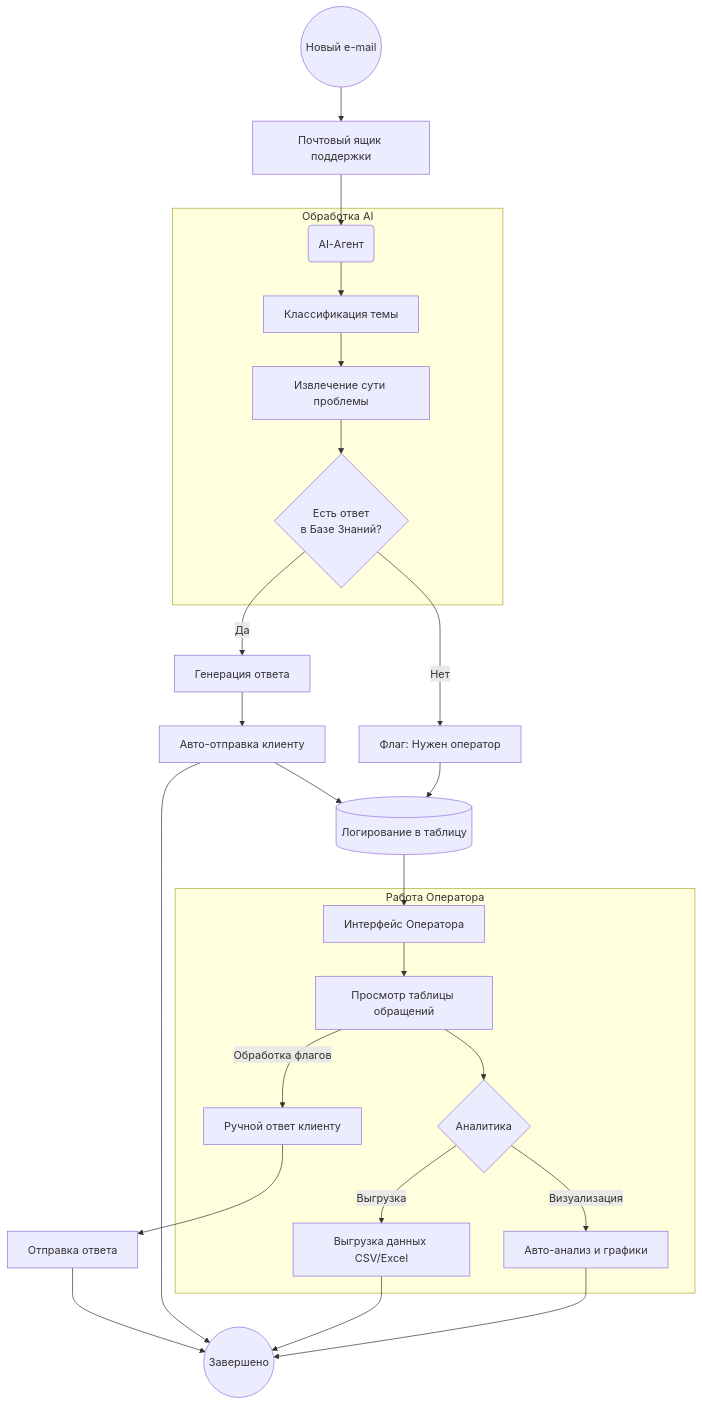
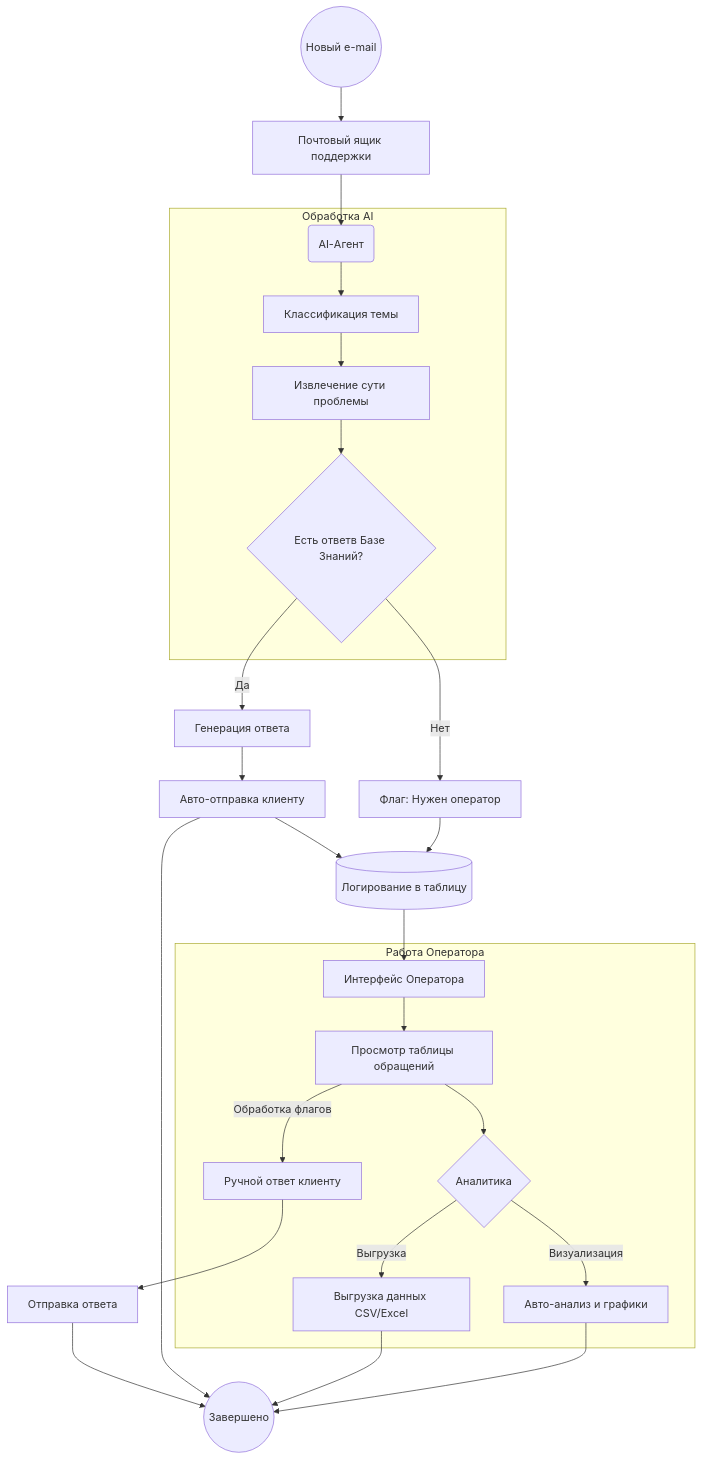
Before and after one commit to marcuryyy/funny_snake: the first of 2 diagrams in README.md, drawn with Mermaid.

Commit message:
edit diagrams

````diff
--- a/README.md
+++ b/README.md
@@ -8,36 +8,36 @@
 ```mermaid
 graph TD
     Start((Новый e-mail)) --> Inbox[Почтовый ящик поддержки]
     Inbox --> AI_Agent(AI-Агент)
     
     subgraph AI_Process [Обработка AI]
         AI_Agent --> Classify[Классификация темы]
         Classify --> Extract[Извлечение сути проблемы]
-        Extract --> SearchDB{Есть ответ\nв Базе Знаний?}
+        Extract --> SearchDB{Есть ответв Базе Знаний?}
     end
 
     SearchDB -- Да --> GenAnswer[Генерация ответа]
     GenAnswer --> SendAuto[Авто-отправка клиенту]
     SendAuto --> LogDB[(Логирование в таблицу)]
 
     SearchDB -- Нет --> FlagOperator[Флаг: Нужен оператор]
     FlagOperator --> LogDB
 
     LogDB --> OperatorUI[Интерфейс Оператора]
 
     subgraph Operator_Work [Работа Оператора]
         OperatorUI --> ViewTable[Просмотр таблицы обращений]
         
         ViewTable --> Analytics{Аналитика}
         Analytics -- Выгрузка --> ExportData[Выгрузка данных CSV/Excel]
         Analytics -- Визуализация --> AutoAnalysis[Авто-анализ и графики]
         
         ViewTable -- Обработка флагов --> ManualReply[Ручной ответ клиенту]
     end
 
     ManualReply --> SendManual[Отправка ответа]
     SendManual --> End((Завершено))
     SendAuto --> End
     ExportData --> End
     AutoAnalysis --> End
 ```
````
